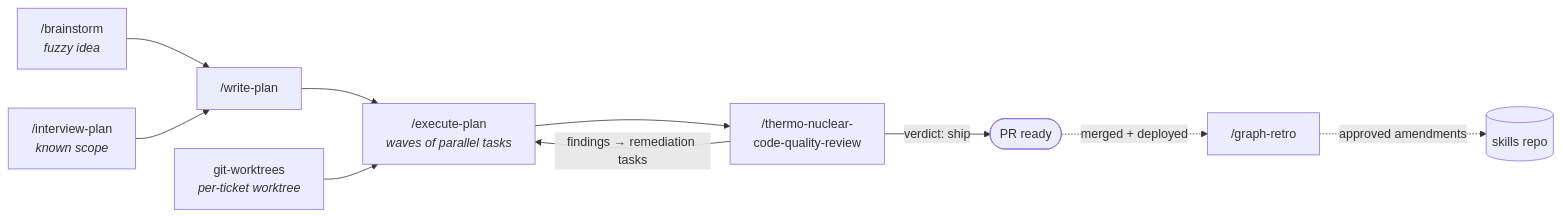
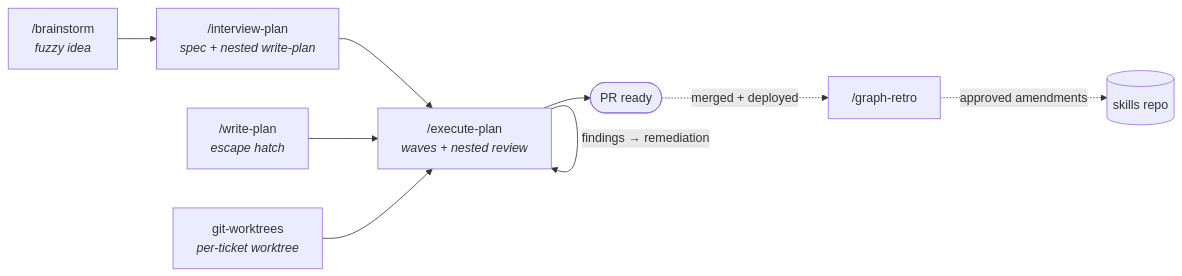
One commit to ayberkcansever/ai-skills changed the first of 2 diagrams in README.md. Above: the diagram before and after it, drawn with Mermaid. The commit also changed other lines of this file and 10 other files, not shown here.

First line of the commit message:
fix(sdlc): nest write-plan and review; fail-closed Depends-on omit

````diff
--- a/README.md
+++ b/README.md
@@ -85,12 +85,11 @@
 ```mermaid
 flowchart LR
-    B["/brainstorm<br/><i>fuzzy idea</i>"] --> W["/write-plan"]
-    I["/interview-plan<br/><i>known scope</i>"] --> W
-    W --> E["/execute-plan<br/><i>waves of parallel tasks</i>"]
+    B["/brainstorm<br/><i>fuzzy idea</i>"] --> I
+    I["/interview-plan<br/><i>spec + nested write-plan</i>"] --> E
+    W["/write-plan<br/><i>escape hatch</i>"] --> E
     WT["git-worktrees<br/><i>per-ticket worktree</i>"] --> E
-    E --> R["/thermo-nuclear-<br/>code-quality-review"]
-    R -->|"verdict: ship"| PR(["PR ready"])
-    R -->|"findings → remediation tasks"| E
+    E["/execute-plan<br/><i>waves + nested review</i>"] --> PR(["PR ready"])
+    E -->|"findings → remediation"| E
     PR -.->|"merged + deployed"| G["/graph-retro"]
     G -.->|"approved amendments"| S[("skills repo")]
 ```
````
